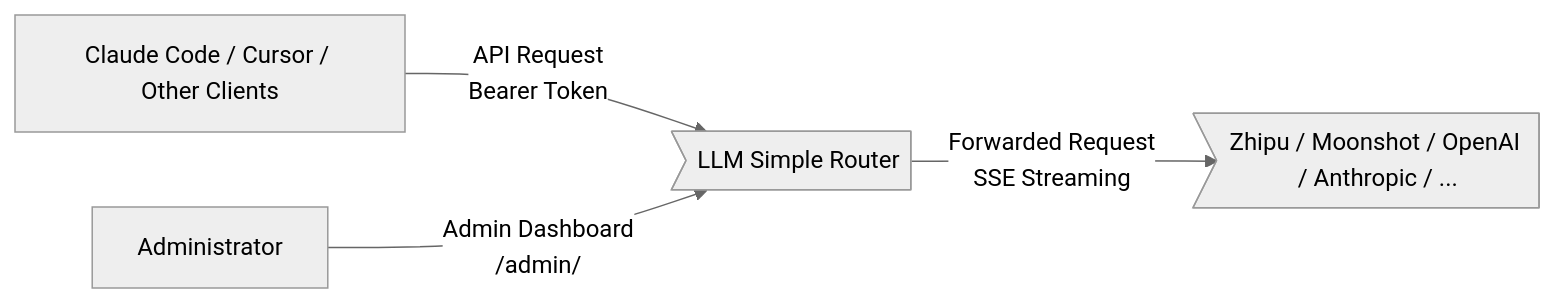
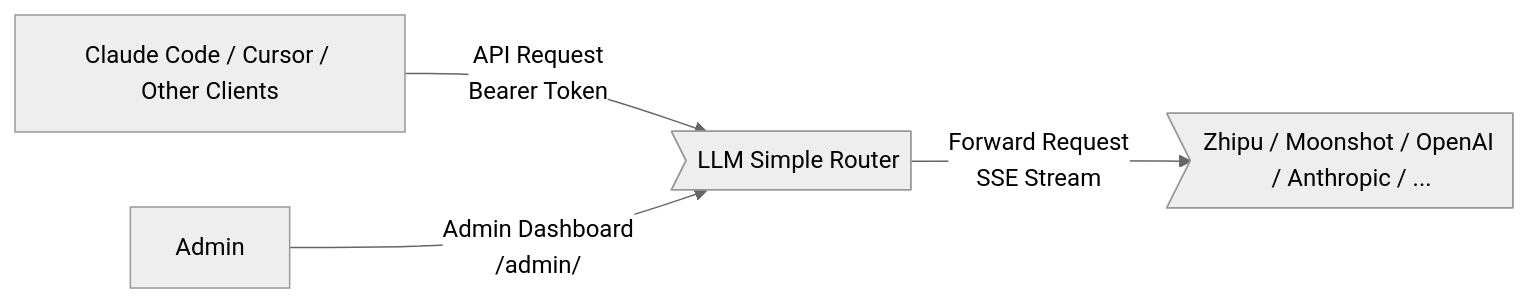
Before and after one commit to zhushanwen321/llm-simple-router: the first of 2 diagrams in README.en.md, drawn with Mermaid (neutral theme). The commit also changed other lines of this file and 1 other file, not shown here.

````diff
--- a/README.en.md
+++ b/README.en.md
@@ -267,11 +293,11 @@
 ```mermaid
 graph LR
     Clients["Claude Code / Cursor / Other Clients"]
-    Admin["Administrator"]
+    Admin["Admin"]
     Router>"LLM Simple Router"]
     Providers>"Zhipu / Moonshot / OpenAI / Anthropic / ..."]
 
     Clients -->|"API Request<br/>Bearer Token"| Router
     Admin -->|"Admin Dashboard<br/>/admin/"| Router
-    Router -->|"Forwarded Request<br/>SSE Streaming"| Providers
+    Router -->|"Forward Request<br/>SSE Stream"| Providers
 ```
````
